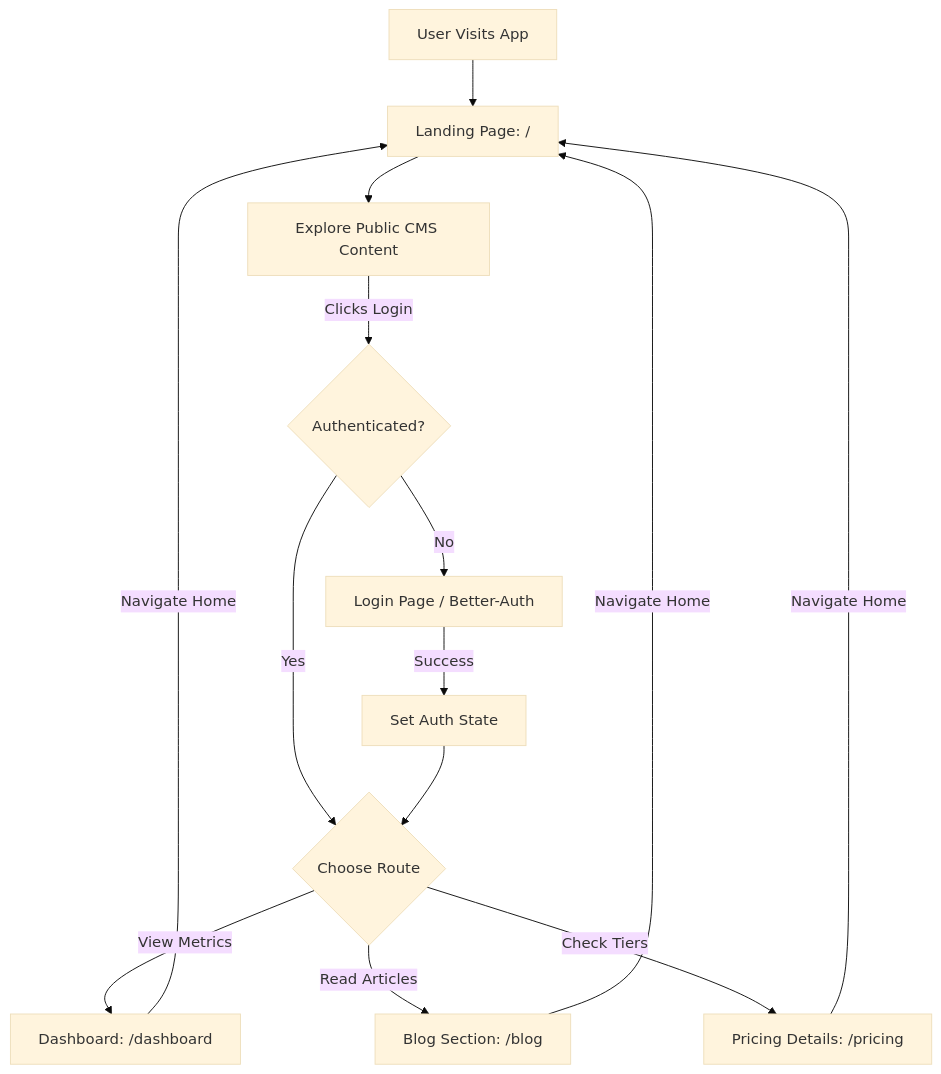
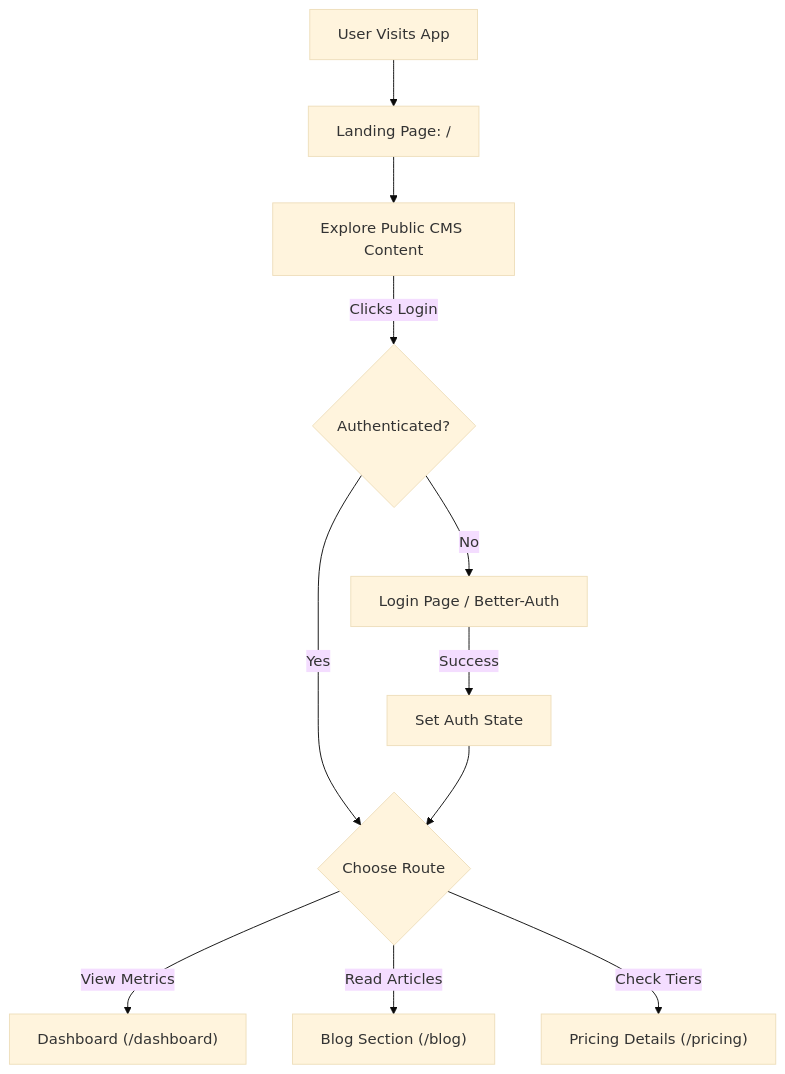
Before and after one commit to rishab-mindfire/contentful_cms_app: the diagram in README.md, drawn with Mermaid (base theme). The commit also changed other lines of this file, not shown here.

Commit message:
feat: update readme file

````diff
--- a/README.md
+++ b/README.md
@@ -110,23 +110,20 @@
 ```mermaid
 flowchart TD
 
-%% 1. PUBLIC EXPERIENCE
+%% 1. PUBLIC LANDING PAGE
     A[User Visits App] --> LP[Landing Page: /]
     LP --> Explore[Explore Public CMS Content]
 
-%% 2. AUTHENTICATION GATEWAY
+%% 2. AUTHENTICATION STREAM
     Explore --> |Clicks Login| Auth{Authenticated?}
     Auth -- No --> Login[Login Page / Better-Auth]
     Login --> |Success| SetAuth[Set Auth State]
 
-%% 3. UNLOCKED ROUTES (POST-LOGIN)
+%% 3. STRAIGHT-FORWARD ROUTING
     Auth -- Yes --> UnlockedRoutes{Choose Route}
     SetAuth --> UnlockedRoutes
 
-    UnlockedRoutes --> |View Metrics| Dash[Dashboard: /dashboard]
-    UnlockedRoutes --> |Read Articles| Blog[Blog Section: /blog]
-    UnlockedRoutes --> |Check Tiers| Pricing[Pricing Details: /pricing]
-
-%% 4. BACK TO HUB
-    Dash & Blog & Pricing --> |Navigate Home| LP
+    UnlockedRoutes --> |View Metrics| Dash["Dashboard (/dashboard)"]
+    UnlockedRoutes --> |Read Articles| Blog["Blog Section (/blog)"]
+    UnlockedRoutes --> |Check Tiers| Pricing["Pricing Details (/pricing)"]
 ```
````
